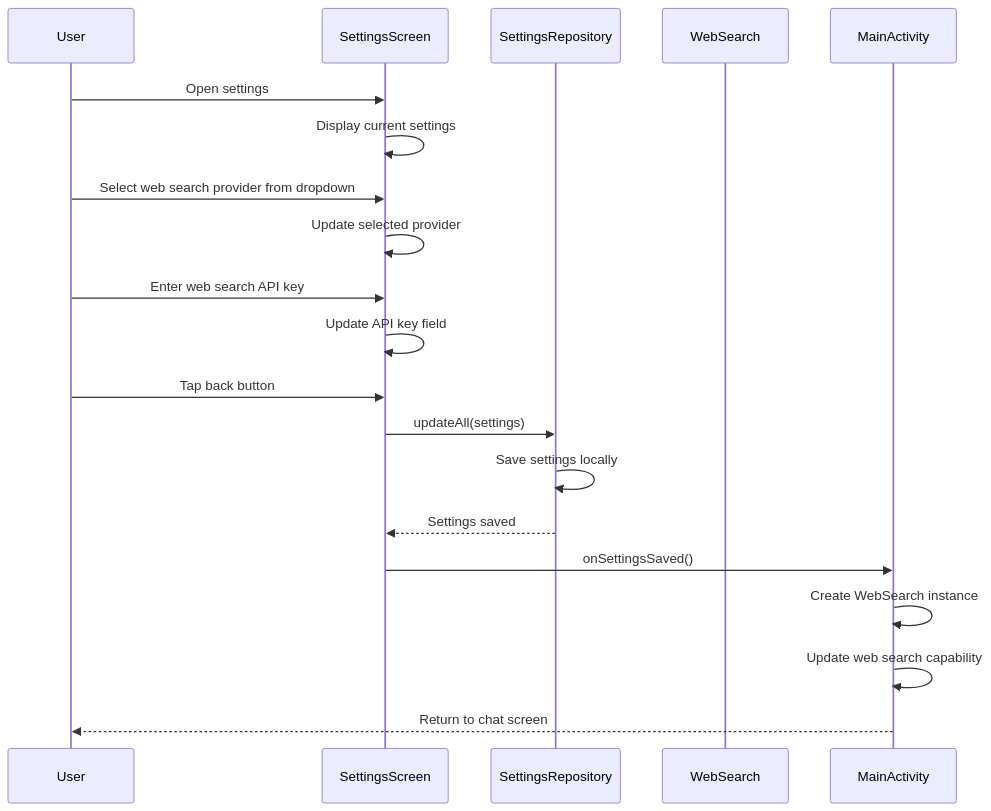
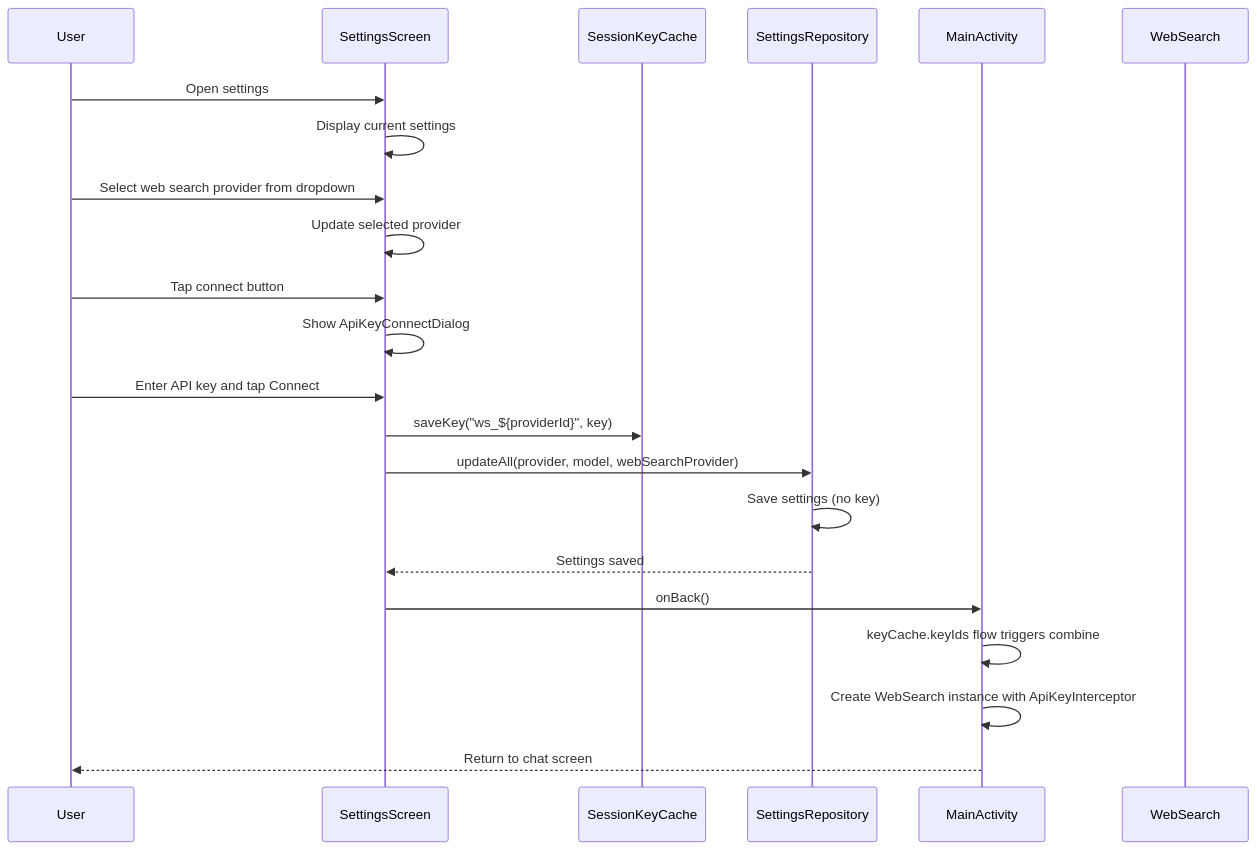
Before and after one commit to lehoang318/buddy: the fourth of 11 diagrams in docs/seq_others.md, drawn with Mermaid. The commit also changed other lines of this file and 9 other files, not shown here.

````diff
--- a/docs/seq_others.md
+++ b/docs/seq_others.md
@@ -126,26 +131,28 @@
 ```mermaid
 sequenceDiagram
     participant User
     participant SettingsScreen
+    participant SessionKeyCache
     participant SettingsRepository
+    participant MainActivity
     participant WebSearch
 
     User->>SettingsScreen: Open settings
     SettingsScreen->>SettingsScreen: Display current settings
 
     User->>SettingsScreen: Select web search provider from dropdown
     SettingsScreen->>SettingsScreen: Update selected provider
 
-    User->>SettingsScreen: Enter web search API key
-    SettingsScreen->>SettingsScreen: Update API key field
-
-    User->>SettingsScreen: Tap back button
-    SettingsScreen->>SettingsRepository: updateAll(settings)
-    SettingsRepository->>SettingsRepository: Save settings locally
+    User->>SettingsScreen: Tap connect button
+    SettingsScreen->>SettingsScreen: Show ApiKeyConnectDialog
+    User->>SettingsScreen: Enter API key and tap Connect
+    SettingsScreen->>SessionKeyCache: saveKey("ws_${providerId}", key)
+    SettingsScreen->>SettingsRepository: updateAll(provider, model, webSearchProvider)
+    SettingsRepository->>SettingsRepository: Save settings (no key)
     SettingsRepository-->>SettingsScreen: Settings saved
 
-    SettingsScreen->>MainActivity: onSettingsSaved()
-    MainActivity->>MainActivity: Create WebSearch instance
-    MainActivity->>MainActivity: Update web search capability
+    SettingsScreen->>MainActivity: onBack()
+    MainActivity->>MainActivity: keyCache.keyIds flow triggers combine
+    MainActivity->>MainActivity: Create WebSearch instance with ApiKeyInterceptor
     MainActivity-->>User: Return to chat screen
 ```
````
